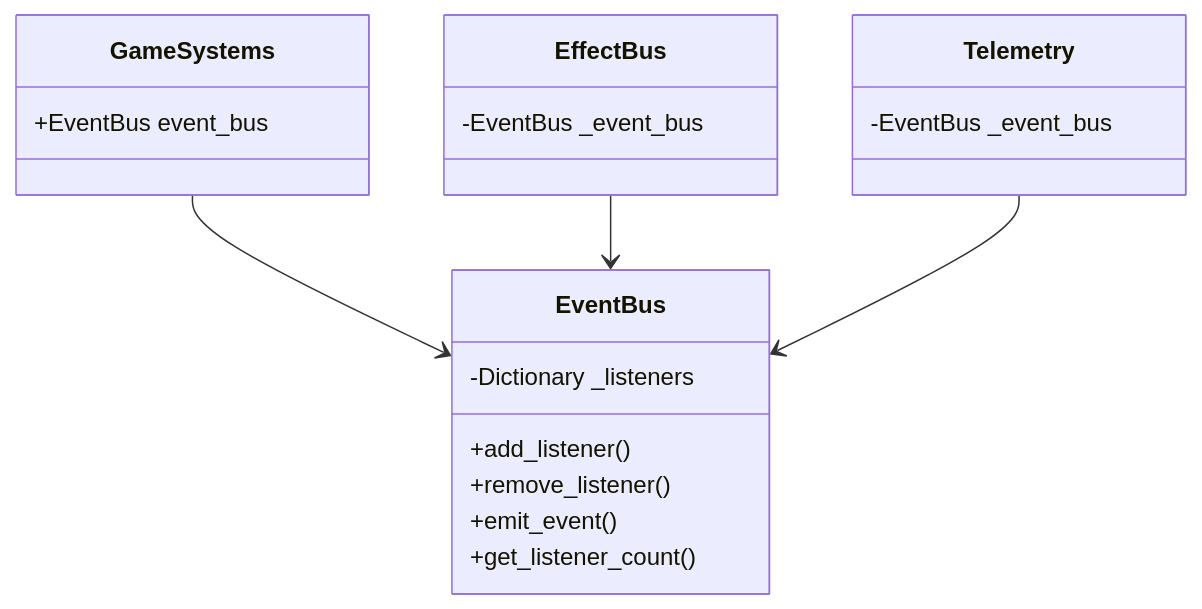
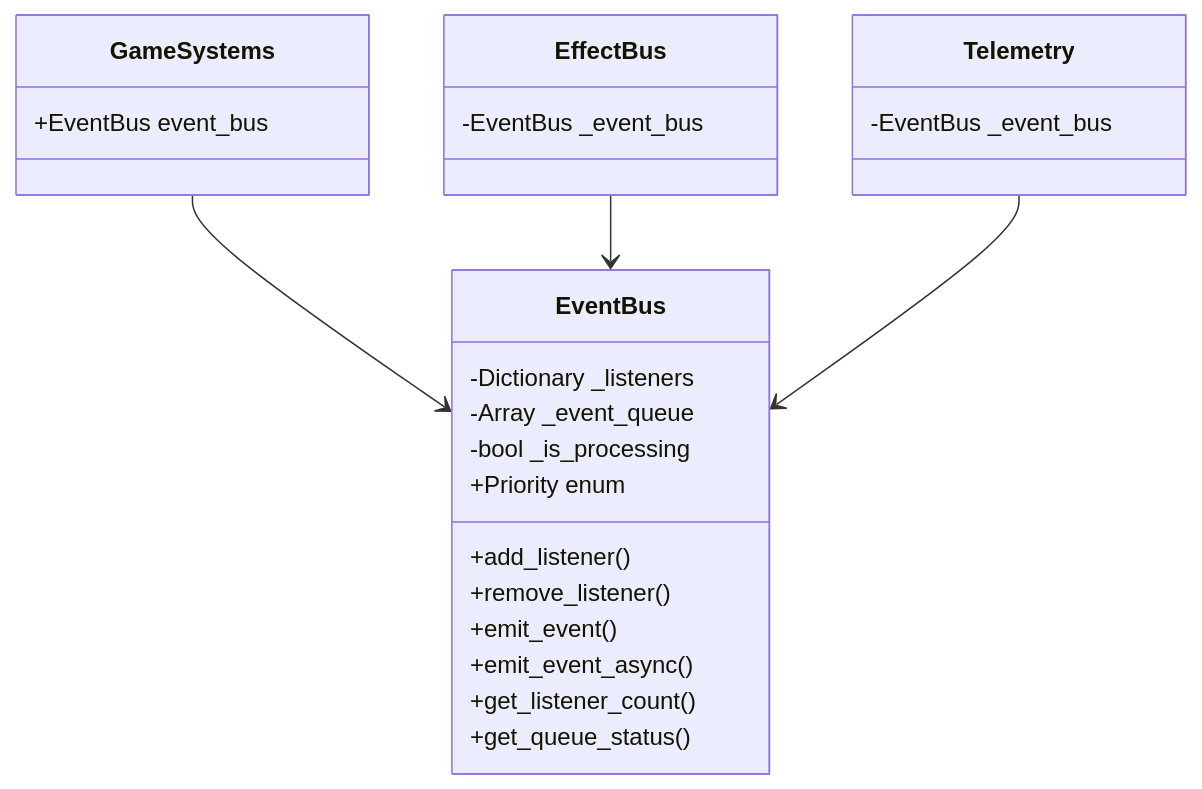
One commit to nel2116/GodotGame changed the first of 3 diagrams in Docs/10_CoreDocs/15_ImplementationSpecs/15.2_EventBus.md. Above: the diagram before and after it, drawn with Mermaid. The commit also changed other lines of this file and 2 other files, not shown here.

Commit message:
feat: EventBusに優先順位付きイベント処理と非同期イベント処理を実装 Closes #3

````diff
--- a/Docs/10_CoreDocs/15_ImplementationSpecs/15.2_EventBus.md
+++ b/Docs/10_CoreDocs/15_ImplementationSpecs/15.2_EventBus.md
@@ -43,26 +47,31 @@
 ```mermaid
 classDiagram
     class EventBus {
         -Dictionary _listeners
+        -Array _event_queue
+        -bool _is_processing
+        +Priority enum
         +add_listener()
         +remove_listener()
         +emit_event()
+        +emit_event_async()
         +get_listener_count()
+        +get_queue_status()
     }
 
     class GameSystems {
         +EventBus event_bus
     }
 
     class EffectBus {
         -EventBus _event_bus
     }
 
     class Telemetry {
         -EventBus _event_bus
     }
 
     GameSystems --> EventBus
     EffectBus --> EventBus
     Telemetry --> EventBus
 ```
````
